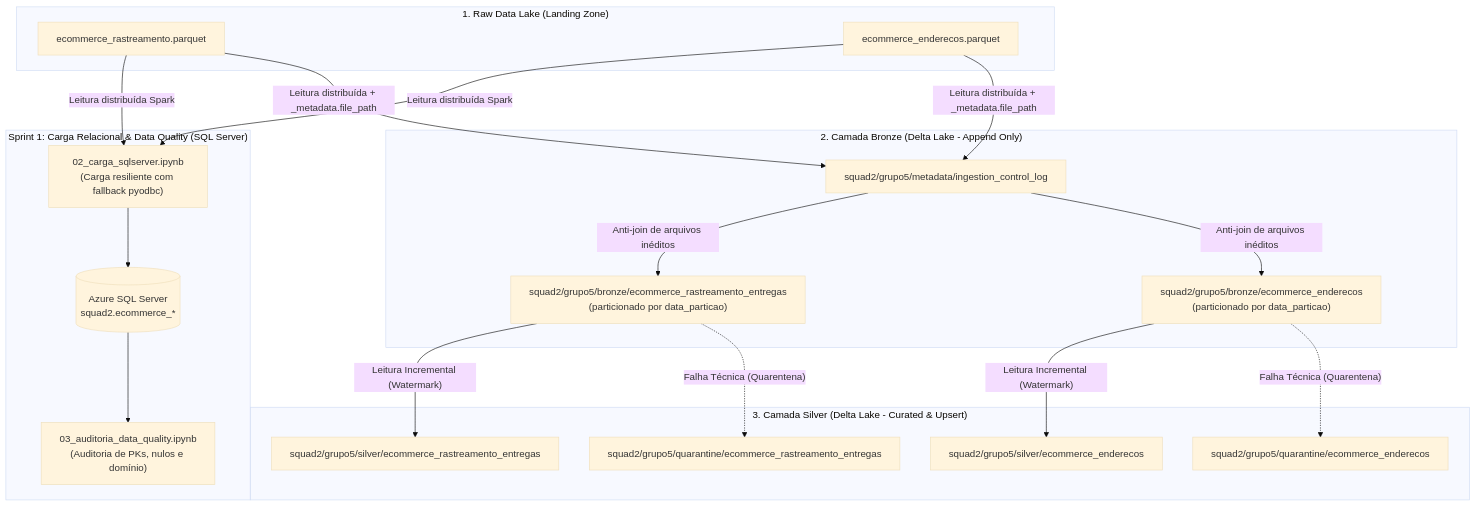
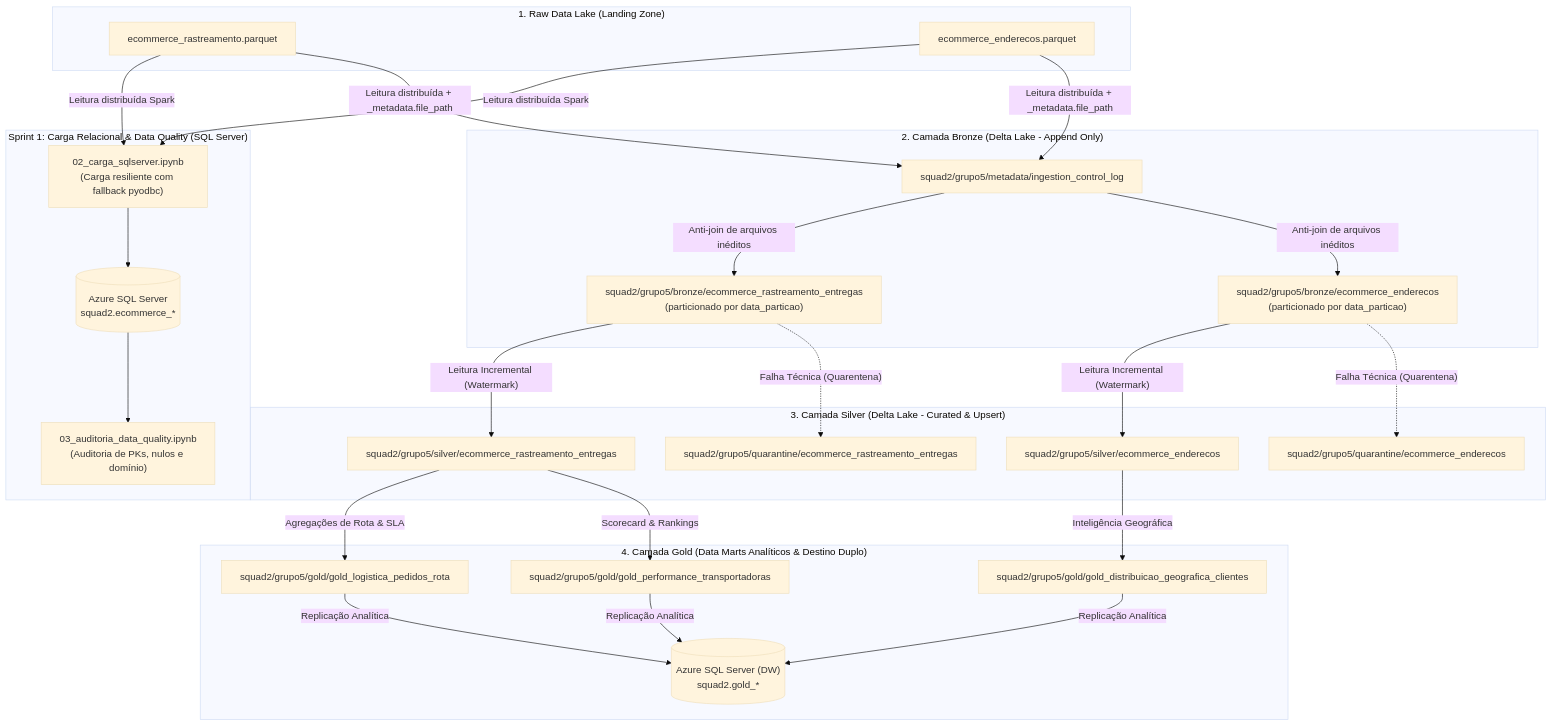
One commit to GeovanyADCancio/estagio-empregadados-turma-2 changed the diagram in squad2/README.md. Above: the diagram before and after it, drawn with Mermaid (base theme). The commit also changed other lines of this file and 1 other file, not shown here.

Commit message:
feat(squad2): implementa pipeline da Camada Gold com metricas e duplo destino (Delta e SQL Server)

````diff
--- a/squad2/README.md
+++ b/squad2/README.md
@@ -15,41 +15,54 @@
 ```mermaid
 flowchart TD
     subgraph Raw ["1. Raw Data Lake (Landing Zone)"]
         R1["ecommerce_rastreamento.parquet"]
         R2["ecommerce_enderecos.parquet"]
     end
 
     subgraph Sprint1 ["Sprint 1: Carga Relacional & Data Quality (SQL Server)"]
         SQL_LOAD["02_carga_sqlserver.ipynb\n(Carga resiliente com fallback pyodbc)"]
         SQL_AUDIT["03_auditoria_data_quality.ipynb\n(Auditoria de PKs, nulos e domínio)"]
         SQL_DB[("Azure SQL Server\nsquad2.ecommerce_*")]
     end
 
     subgraph Bronze ["2. Camada Bronze (Delta Lake - Append Only)"]
         B_CTRL["squad2/grupo5/metadata/ingestion_control_log"]
         B1["squad2/grupo5/bronze/ecommerce_rastreamento_entregas\n(particionado por data_particao)"]
         B2["squad2/grupo5/bronze/ecommerce_enderecos\n(particionado por data_particao)"]
     end
 
     subgraph Silver ["3. Camada Silver (Delta Lake - Curated & Upsert)"]
         S1["squad2/grupo5/silver/ecommerce_rastreamento_entregas"]
         S2["squad2/grupo5/silver/ecommerce_enderecos"]
         Q1["squad2/grupo5/quarantine/ecommerce_rastreamento_entregas"]
         Q2["squad2/grupo5/quarantine/ecommerce_enderecos"]
     end
 
+    subgraph Gold ["4. Camada Gold (Data Marts Analíticos & Destino Duplo)"]
+        G1["squad2/grupo5/gold/gold_logistica_pedidos_rota"]
+        G2["squad2/grupo5/gold/gold_performance_transportadoras"]
+        G3["squad2/grupo5/gold/gold_distribuicao_geografica_clientes"]
+        SQL_GOLD[("Azure SQL Server (DW)\nsquad2.gold_*")]
+    end
+
     R1 -->|"Leitura distribuída Spark"| SQL_LOAD
     R2 -->|"Leitura distribuída Spark"| SQL_LOAD
     SQL_LOAD --> SQL_DB
     SQL_DB --> SQL_AUDIT
 
     R1 -->|"Leitura distribuída + _metadata.file_path"| B_CTRL
     R2 -->|"Leitura distribuída + _metadata.file_path"| B_CTRL
     B_CTRL -->|"Anti-join de arquivos inéditos"| B1
     B_CTRL -->|"Anti-join de arquivos inéditos"| B2
 
     B1 -->|"Leitura Incremental (Watermark)"| S1
     B1 -.->|"Falha Técnica (Quarentena)"| Q1
     B2 -->|"Leitura Incremental (Watermark)"| S2
     B2 -.->|"Falha Técnica (Quarentena)"| Q2
+
+    S1 -->|"Agregações de Rota & SLA"| G1
+    S1 -->|"Scorecard & Rankings"| G2
+    S2 -->|"Inteligência Geográfica"| G3
+
+    G1 & G2 & G3 -->|"Replicação Analítica"| SQL_GOLD
 ```
````
